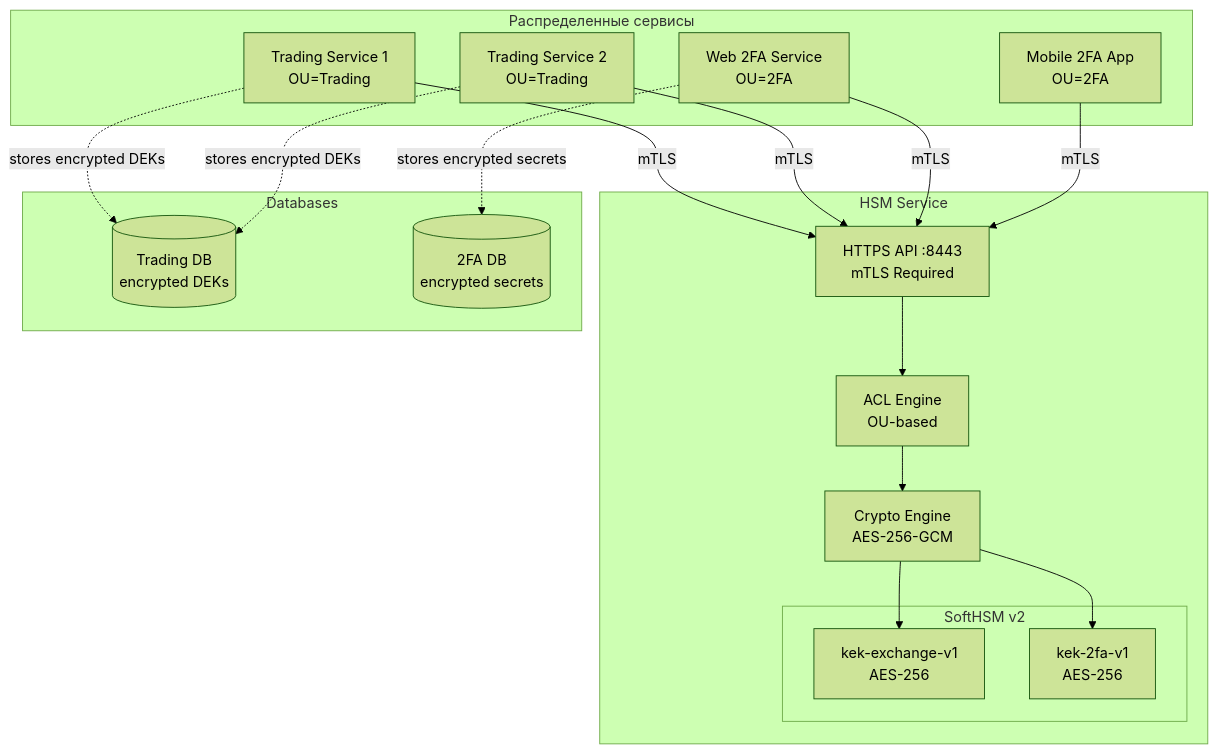
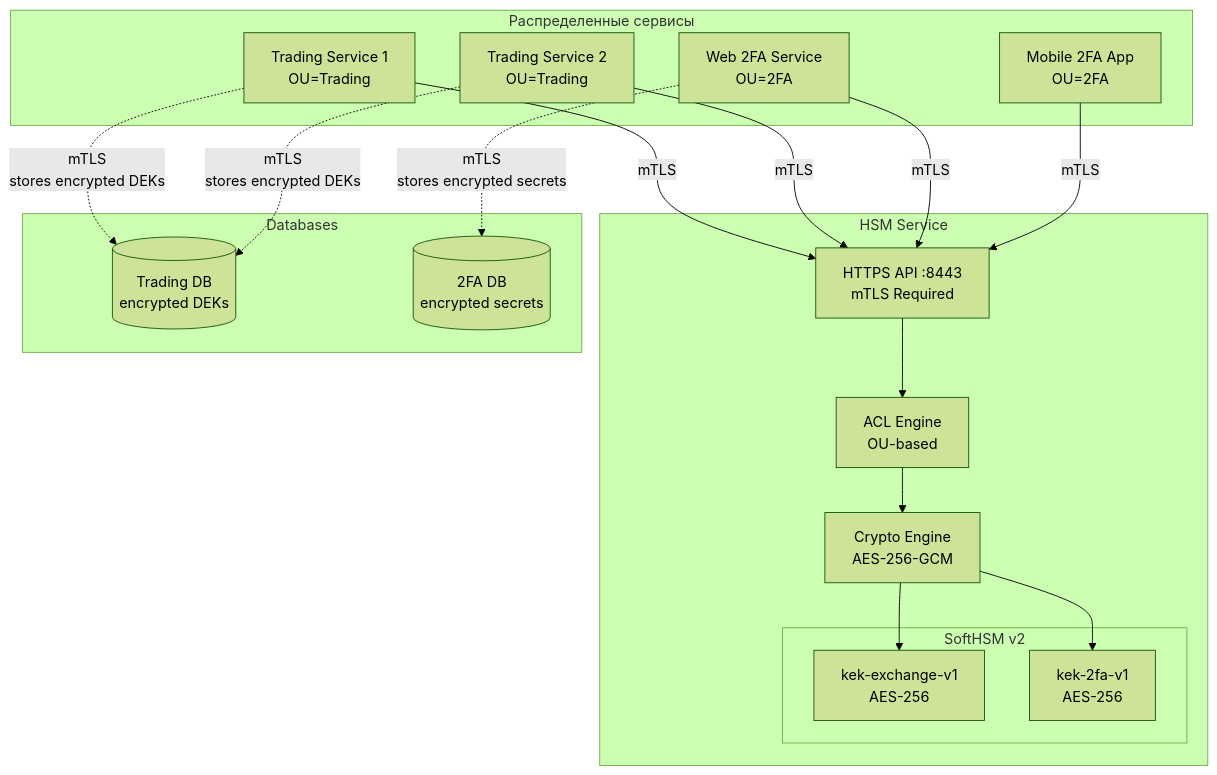
Before and after one commit to titaev-lv/hsm-service: the first of 7 diagrams in ARCHITECTURE.md, drawn with Mermaid (forest theme). The commit also changed 1 other file, not shown here.

Commit message:
update documentation Readme.md

````diff
--- a/ARCHITECTURE.md
+++ b/ARCHITECTURE.md
@@ -25,39 +25,39 @@
 ```mermaid
 graph TB
     subgraph "Распределенные сервисы"
         TS1[Trading Service 1<br/>OU=Trading]
         TS2[Trading Service 2<br/>OU=Trading]
         WEB[Web 2FA Service<br/>OU=2FA]
         MOB[Mobile 2FA App<br/>OU=2FA]
     end
     
     subgraph "HSM Service"
         API[HTTPS API :8443<br/>mTLS Required]
         ACL[ACL Engine<br/>OU-based]
         CRYPTO[Crypto Engine<br/>AES-256-GCM]
         
         subgraph "SoftHSM v2"
             KEK1[kek-exchange-v1<br/>AES-256]
             KEK2[kek-2fa-v1<br/>AES-256]
         end
     end
     
     subgraph "Databases"
         DB1[(Trading DB<br/>encrypted DEKs)]
         DB2[(2FA DB<br/>encrypted secrets)]
     end
     
     TS1 -->|mTLS| API
     TS2 -->|mTLS| API
     WEB -->|mTLS| API
     MOB -->|mTLS| API
     
     API --> ACL
     ACL --> CRYPTO
     CRYPTO --> KEK1
     CRYPTO --> KEK2
     
-    TS1 -.->|stores encrypted DEKs| DB1
-    TS2 -.->|stores encrypted DEKs| DB1
-    WEB -.->|stores encrypted secrets| DB2
+    TS1 -.->|mTLS<br/>stores encrypted DEKs| DB1
+    TS2 -.->|mTLS<br/>stores encrypted DEKs| DB1
+    WEB -.->|mTLS<br/>stores encrypted secrets| DB2
 ```
````
